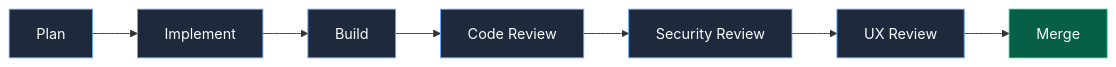
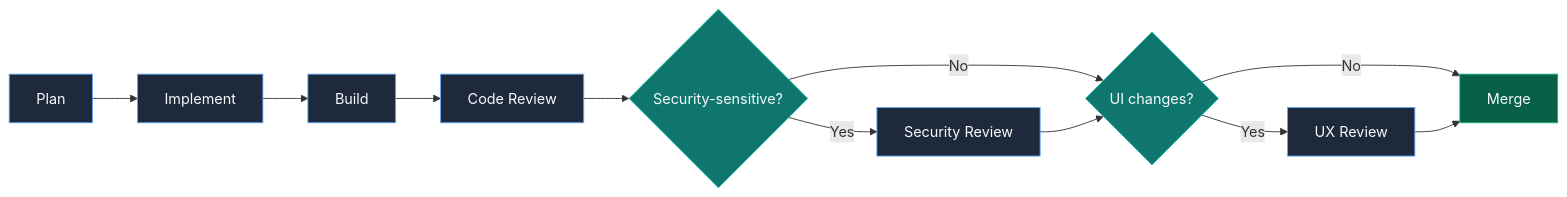
Before and after one commit to wmorgan69/light-controller-simulator: the diagram in README.md, drawn with Mermaid.

Commit message:
Restore decision node diagram in horizontal LR layout
Reverted to the conditional review logic (Security-sensitive?, UI changes?)
but in horizontal LR format that wraps naturally to two lines.

````diff
--- a/README.md
+++ b/README.md
@@ -9,12 +9,19 @@
 ```mermaid
 flowchart LR
   A["Plan"] --> B["Implement"] --> C["Build"] --> D["Code Review"]
-  D --> E["Security Review"]
-  E --> F["UX Review"] --> G["Merge"]
+  D --> E{"Security-sensitive?"}
+  E -->|Yes| F["Security Review"]
+  E -->|No| G{"UI changes?"}
+  F --> G
+  G -->|Yes| H["UX Review"]
+  G -->|No| I["Merge"]
+  H --> I
   
   classDef stage fill:#1E293B,stroke:#60A5FA,color:#F8FAFC;
+  classDef decision fill:#0F766E,stroke:#14B8A6,color:#F8FAFC;
   classDef outcome fill:#065F46,stroke:#10B981,color:#F8FAFC;
   
-  class A,B,C,D,E,F stage;
-  class G outcome;
+  class A,B,C,D,F,H stage;
+  class E,G decision;
+  class I outcome;
 ```
````
